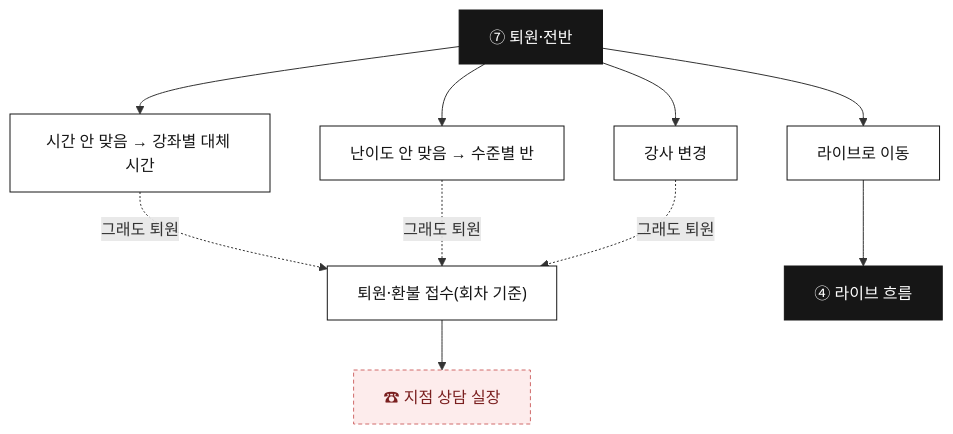
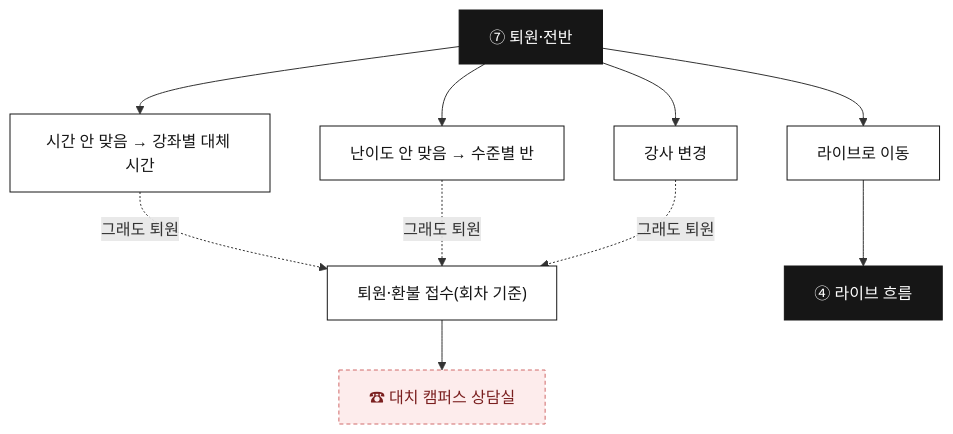
The tenth of 12 diagrams in analysis/myclass-chatbot/SCENARIO_PLAN.md (layr8x/Wiki), drawn with Mermaid before and after one commit. The commit also changed other lines of this file and 8 other files, not shown here.

````diff
--- a/analysis/myclass-chatbot/SCENARIO_PLAN.md
+++ b/analysis/myclass-chatbot/SCENARIO_PLAN.md
@@ -267,14 +271,14 @@
 ```mermaid
 flowchart TD
   G["⑦ 퇴원·전반"]:::menu
   G --> R1["시간 안 맞음 → 강좌별 대체 시간"]:::step
   G --> R2["난이도 안 맞음 → 수준별 반"]:::step
   G --> R3["강사 변경"]:::step
   G --> R4["라이브로 이동"]:::step
   R1 & R2 & R3 -.그래도 퇴원.-> QR["퇴원·환불 접수(회차 기준)"]:::step
-  QR --> CP["☎ 지점 상담 실장"]:::hand
+  QR --> CP["☎ 대치 캠퍼스 상담실"]:::hand
   R4 --> M4["④ 라이브 흐름"]:::menu
   classDef menu fill:#161616,color:#ffffff,stroke:#161616;
   classDef step fill:#ffffff,color:#161616,stroke:#161616;
   classDef hand fill:#fdecec,color:#7a1f1f,stroke:#d06a6a,stroke-dasharray:4 3;
 ```
````
